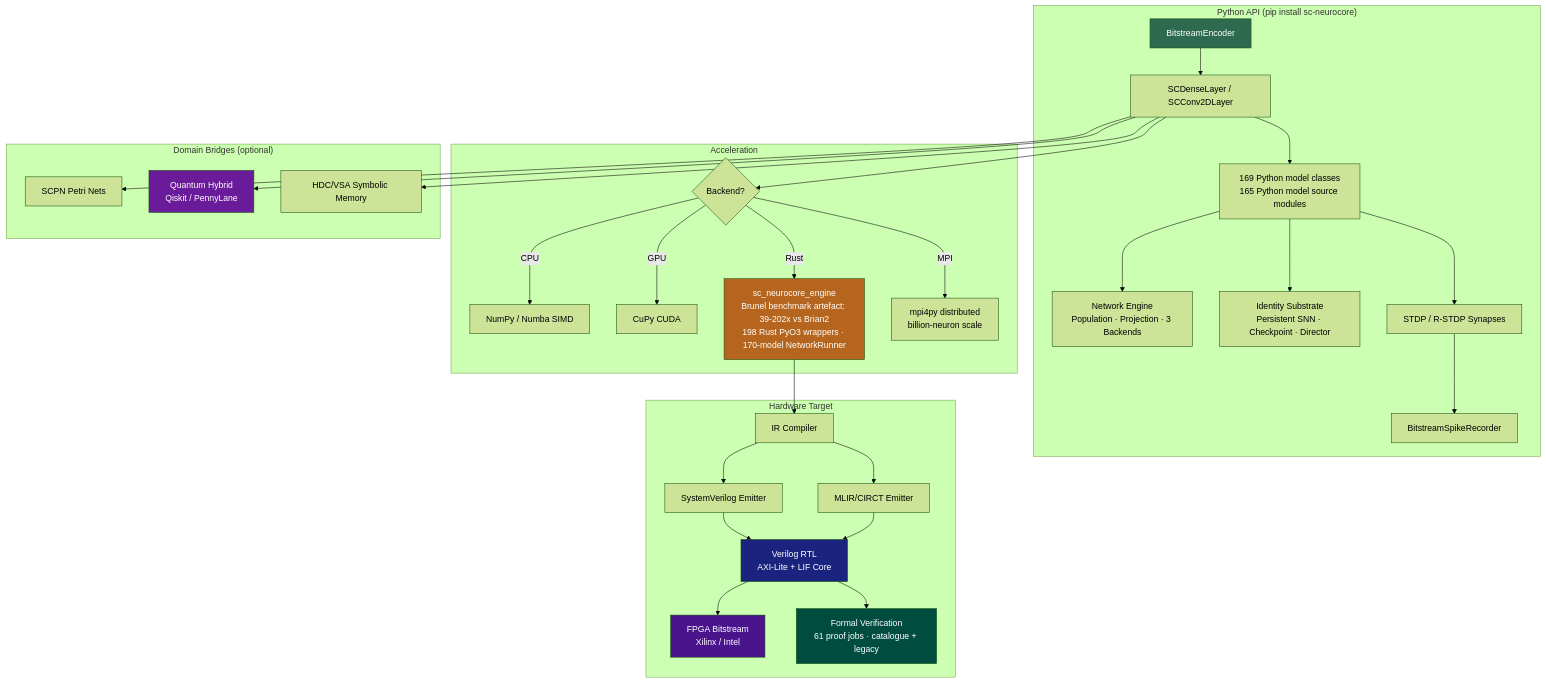
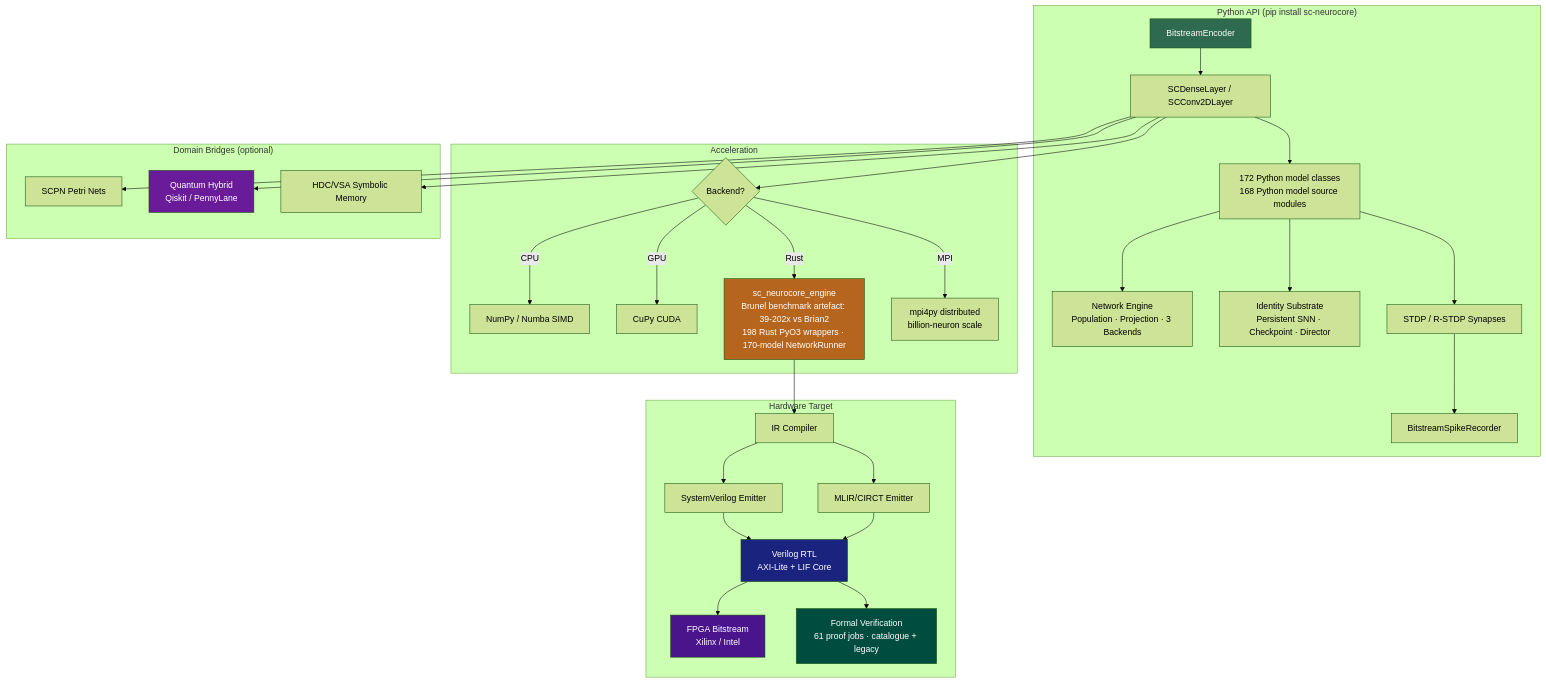
One commit to anulum/sc-neurocore changed the diagram in README.md. Above: the diagram before and after it, drawn with Mermaid (forest theme). The commit also changed other lines of this file and 35 other files, not shown here.

````diff
--- a/README.md
+++ b/README.md
@@ -374,42 +374,42 @@
 ```mermaid
 graph TD
     subgraph "Python API (pip install sc-neurocore)"
         A[BitstreamEncoder] --> B[SCDenseLayer / SCConv2DLayer]
-        B --> C[169 Python model classes<br/>165 Python model source modules]
+        B --> C[172 Python model classes<br/>168 Python model source modules]
         C --> NET[Network Engine<br/>Population · Projection · 3 Backends]
         C --> ID[Identity Substrate<br/>Persistent SNN · Checkpoint · Director]
         C --> D[STDP / R-STDP Synapses]
         D --> E[BitstreamSpikeRecorder]
     end
 
     subgraph "Acceleration"
         B --> F{Backend?}
         F -->|CPU| G[NumPy / Numba SIMD]
         F -->|GPU| H[CuPy CUDA]
         F -->|Rust| I[sc_neurocore_engine<br/>Brunel benchmark artefact: 39-202x vs Brian2<br/>198 Rust PyO3 wrappers · 170-model NetworkRunner]
         F -->|MPI| MPI[mpi4py distributed<br/>billion-neuron scale]
     end
 
     subgraph "Hardware Target"
         I --> J[IR Compiler]
         J --> K[SystemVerilog Emitter]
         J --> K2[MLIR/CIRCT Emitter]
         K --> L[Verilog RTL<br/>AXI-Lite + LIF Core]
         K2 --> L
         L --> M[FPGA Bitstream<br/>Xilinx / Intel]
         L --> V[Formal Verification<br/>61 proof jobs · catalogue + legacy]
     end
 
     subgraph "Domain Bridges (optional)"
         B --> N[SCPN Petri Nets]
         B --> O[Quantum Hybrid<br/>Qiskit / PennyLane]
         B --> P[HDC/VSA Symbolic Memory]
     end
 
     style A fill:#2d6a4f,color:#fff
     style I fill:#b5651d,color:#fff
     style L fill:#1a237e,color:#fff
     style M fill:#4a148c,color:#fff
     style O fill:#6a1b9a,color:#fff
     style V fill:#004d40,color:#fff
 ```
````
